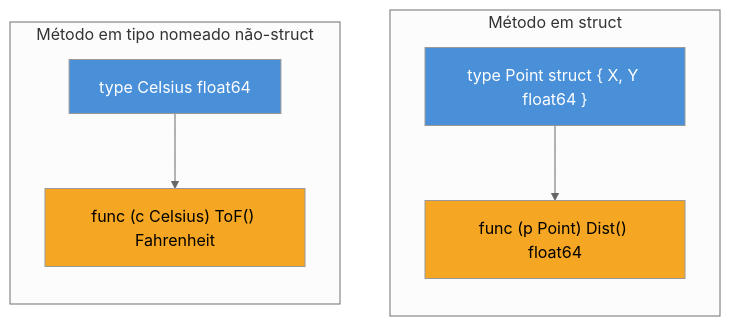
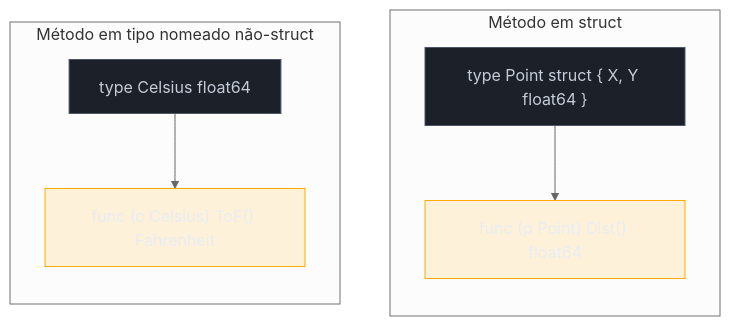
One commit to josenaldo/codex-technomanticus changed the second of 2 diagrams in 03-Dominios/Tecnologia/Go/02 - Tipos, structs e métodos/03 - Métodos.md. Above: the diagram before and after it, drawn with Mermaid (neutral theme). The commit also changed other lines of this file and 1181 other files, not shown here.

First line of the commit message:
fix(diagramas): paleta do sistema no lugar de cor cravada no markdown

````diff
--- a/03-Dominios/Tecnologia/Go/02 - Tipos, structs e métodos/03 - Métodos.md
+++ b/03-Dominios/Tecnologia/Go/02 - Tipos, structs e métodos/03 - Métodos.md
@@ -145,16 +147,18 @@
 ```mermaid
 flowchart TB
+    classDef neutro fill:#1B2029,stroke:#4E5666,color:#C6CCD8
+    classDef destaque fill:#FFAA0024,stroke:#FFAA00,color:#E9ECF2
     subgraph Struct["Método em struct"]
         direction TB
         S1["type Point struct { X, Y float64 }"] --> S2["func (p Point) Dist() float64"]
     end
     subgraph Named["Método em tipo nomeado não-struct"]
         direction TB
         N1["type Celsius float64"] --> N2["func (c Celsius) ToF() Fahrenheit"]
     end
 
-    style S1 fill:#4A90D9,color:#fff
-    style N1 fill:#4A90D9,color:#fff
-    style S2 fill:#F5A623,color:#000
-    style N2 fill:#F5A623,color:#000
+    class S1 neutro
+    class N1 neutro
+    class S2 destaque
+    class N2 destaque
 ```
````
